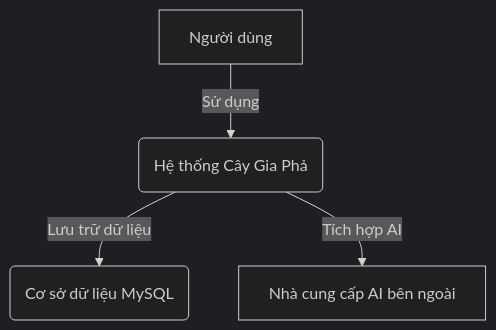
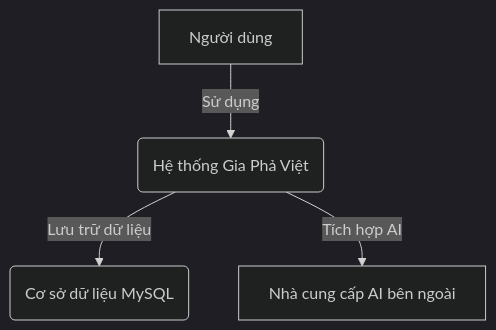
One commit to hkthao/family-tree-3 changed the first of 5 diagrams in docs/engineering/architecture.md. Above: the diagram before and after it, drawn with Mermaid (dark theme). The commit also changed other lines of this file and 12 other files, not shown here.

````diff
--- a/docs/engineering/architecture.md
+++ b/docs/engineering/architecture.md
@@ -21,6 +21,6 @@
 ```mermaid
 graph TD
-    A[Người dùng] -->|Sử dụng| B(Hệ thống Cây Gia Phả)
+    A[Người dùng] -->|Sử dụng| B(Hệ thống Gia Phả Việt)
     B -->|Lưu trữ dữ liệu| C(Cơ sở dữ liệu MySQL)
     B -->|Tích hợp AI| D[Nhà cung cấp AI bên ngoài]
 ```
````
